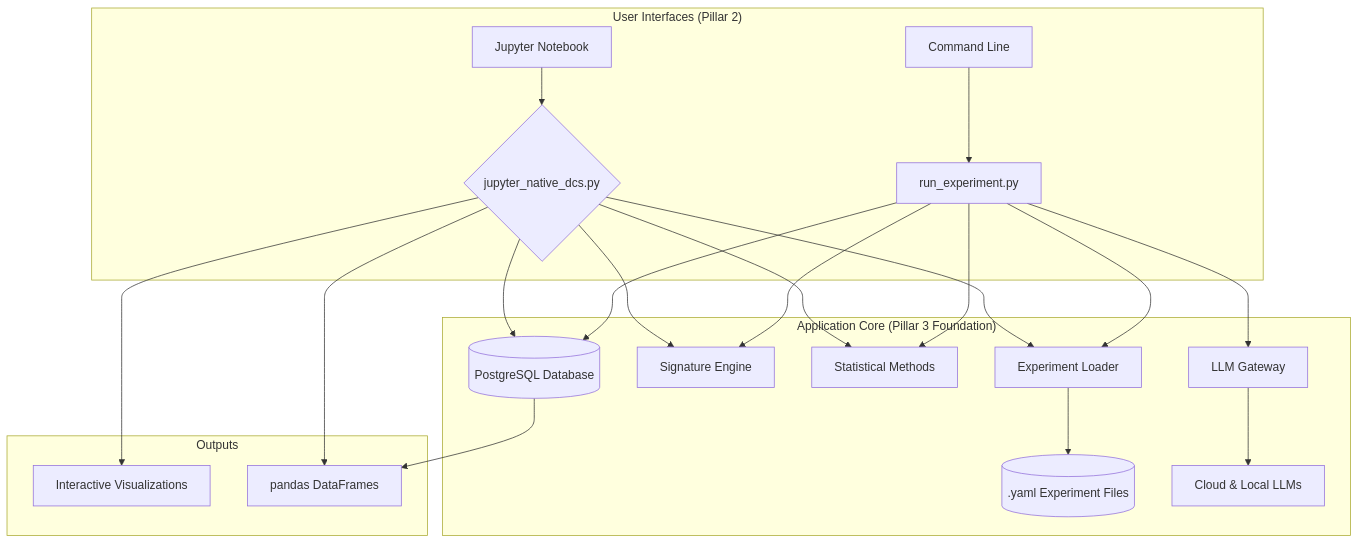
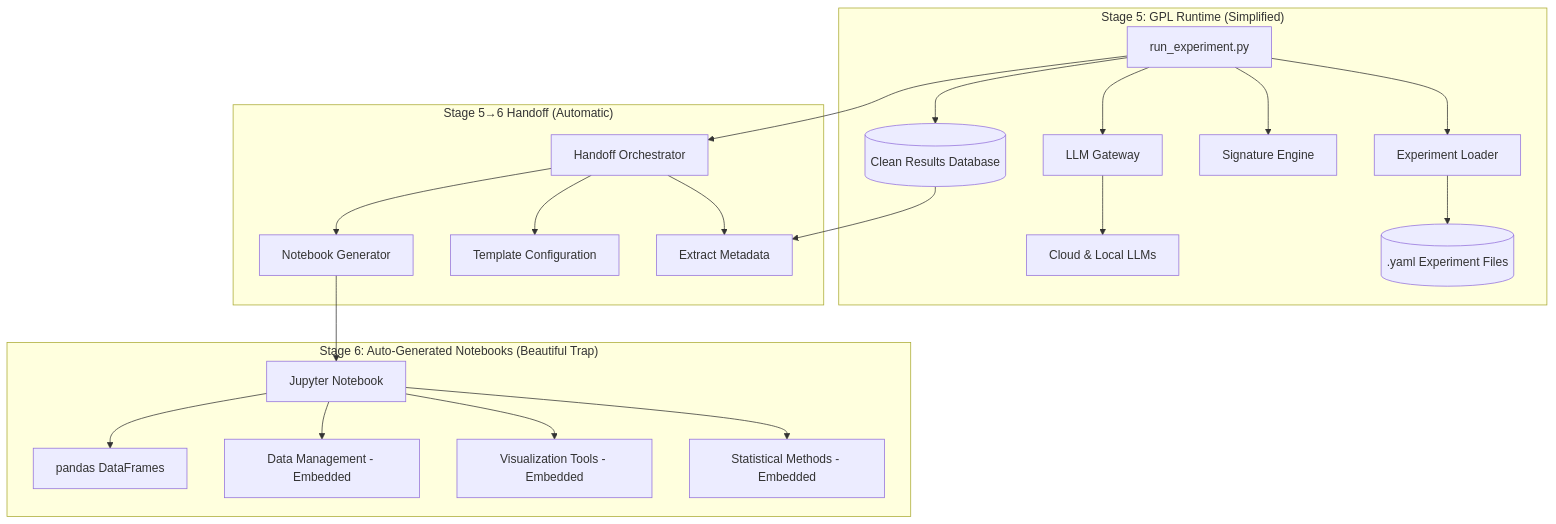
One commit to discernus/discernus changed the diagram in 2_pm/planning/02_technical_implementation_plan.md. Above: the diagram before and after it, drawn with Mermaid. The commit also changed other lines of this file and 223 other files, not shown here.

First line of the commit message:
feat: implement universal Stage 5→6 handoff architecture

````diff
--- a/2_pm/planning/02_technical_implementation_plan.md
+++ b/2_pm/planning/02_technical_implementation_plan.md
@@ -17,23 +28,27 @@
 ```mermaid
 graph TD
-    subgraph "User Interfaces (Pillar 2)"
-        A[Jupyter Notebook] --> C{jupyter_native_dcs.py};
-        B[Command Line] --> D[run_experiment.py];
+    subgraph "Stage 5: GPL Runtime (Simplified)"
+        CLI[run_experiment.py] --> EL[Experiment Loader]
+        EL --> YF[(.yaml Experiment Files)]
+        CLI --> SE[Signature Engine]
+        CLI --> LG[LLM Gateway]  
+        LG --> LLM[Cloud & Local LLMs]
+        CLI --> DB[(Clean Results Database)]
     end
 
-    subgraph "Application Core (Pillar 3 Foundation)"
-        C & D --> E[Experiment Loader];
-        E --> F[(.yaml Experiment Files)];
-        C & D --> SE[Signature Engine];
-        C & D --> SM[Statistical Methods];
-        D --> LG[LLM Gateway];
-        LG --> LLM[Cloud & Local LLMs];
-        C & D --> DB[(PostgreSQL Database)];
+    subgraph "Stage 5→6 Handoff (Automatic)"
+        CLI --> HO[Handoff Orchestrator]
+        HO --> EX[Extract Metadata]
+        HO --> TC[Template Configuration]  
+        HO --> NG[Notebook Generator]
+        DB --> EX
     end
     
-    subgraph "Outputs"
-        C --> VIZ[Interactive Visualizations];
-        C --> DF[pandas DataFrames];
-        DB --> DF;
+    subgraph "Stage 6: Auto-Generated Notebooks (Beautiful Trap)"
+        NG --> NB[Jupyter Notebook]
+        NB --> SM[Statistical Methods - Embedded]
+        NB --> VIZ[Visualization Tools - Embedded]  
+        NB --> DM[Data Management - Embedded]
+        NB --> DF[pandas DataFrames]
     end
 ```
````
